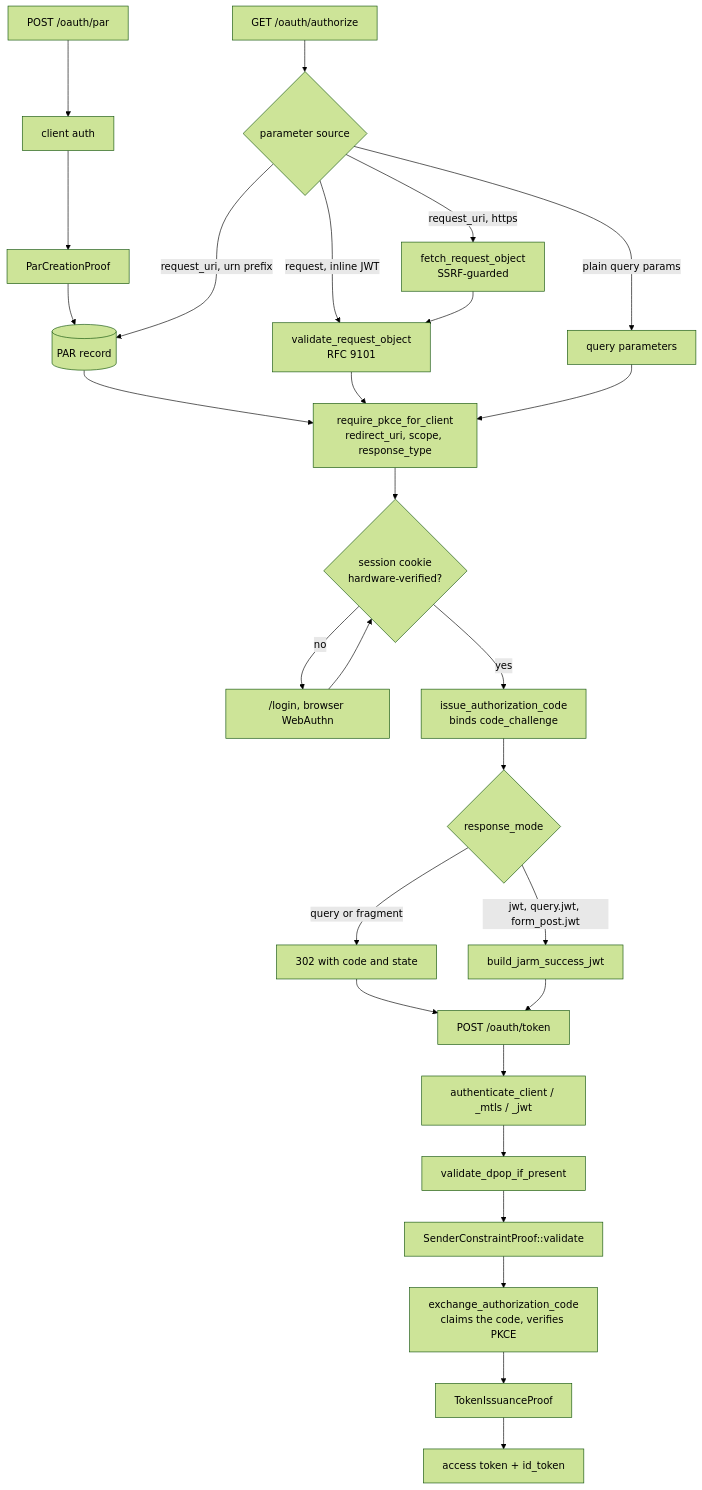
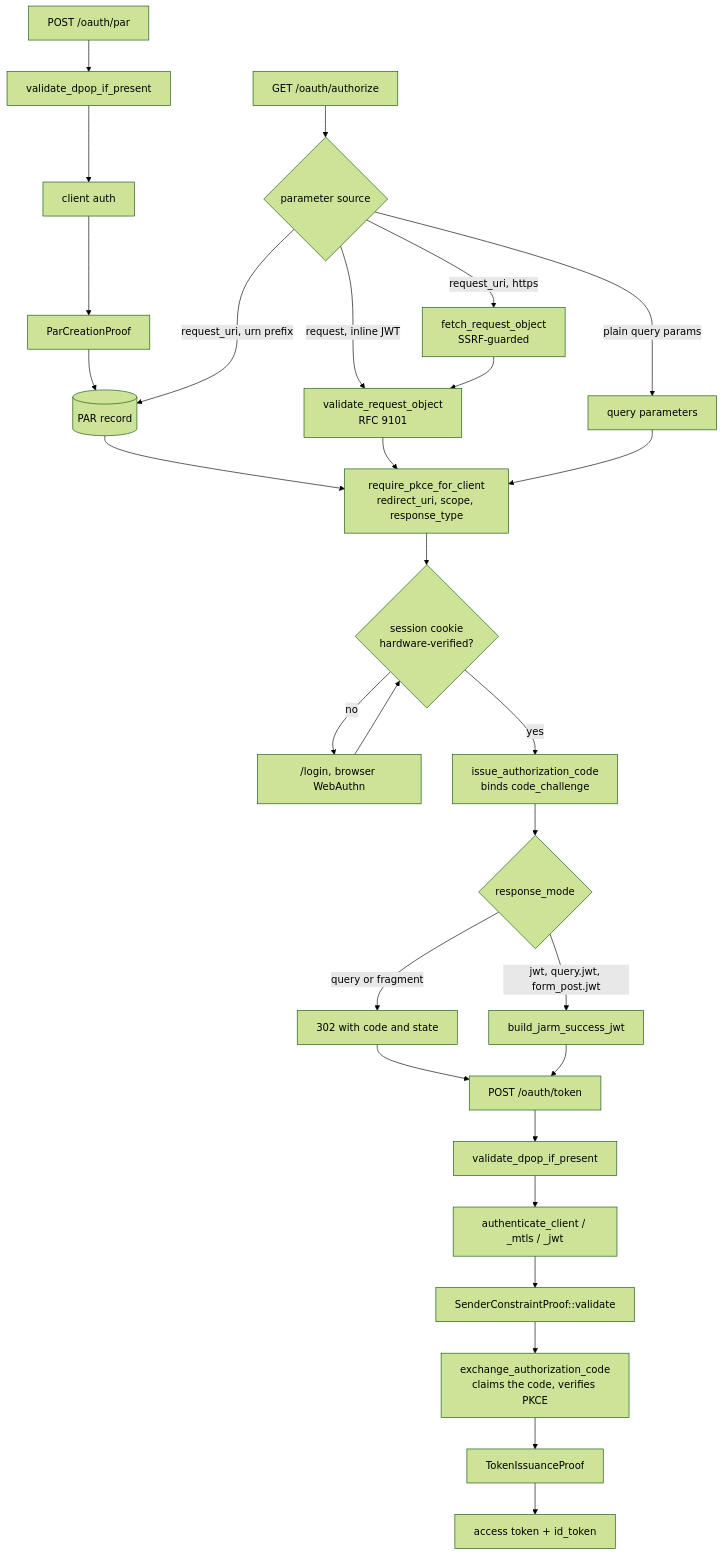
One commit to vouch-sh/vouch changed the fifth of 7 diagrams in crates/vouch-server/ARCHITECTURE.md. Above: the diagram before and after it, drawn with Mermaid (forest theme).

Commit message:
docs(server): show DPoP before client auth in the token and PAR flow

````diff
--- a/crates/vouch-server/ARCHITECTURE.md
+++ b/crates/vouch-server/ARCHITECTURE.md
@@ -287,25 +287,25 @@
 ```mermaid
 flowchart TB
-  par0["POST /oauth/par"] --> pauth["client auth"] --> pproof["ParCreationProof"] --> pstore[("PAR record")]
+  par0["POST /oauth/par"] --> pdpop["validate_dpop_if_present"] --> pauth["client auth"] --> pproof["ParCreationProof"] --> pstore[("PAR record")]
   authz["GET /oauth/authorize"] --> resolve{"parameter source"}
   resolve -- "request_uri, urn prefix" --> pstore
   resolve -- "request, inline JWT" --> jar["validate_request_object<br/>RFC 9101"]
   resolve -- "request_uri, https" --> fetch["fetch_request_object<br/>SSRF-guarded"] --> jar
   resolve -- "plain query params" --> plain["query parameters"]
   pstore --> checks
   jar --> checks
   plain --> checks
   checks["require_pkce_for_client<br/>redirect_uri, scope, response_type"] --> sess{"session cookie<br/>hardware-verified?"}
   sess -- "no" --> login["/login, browser WebAuthn"] --> sess
   sess -- "yes" --> code["issue_authorization_code<br/>binds code_challenge"]
   code --> mode{"response_mode"}
   mode -- "query or fragment" --> plainredir["302 with code and state"]
   mode -- "jwt, query.jwt, form_post.jwt" --> jarm["build_jarm_success_jwt"]
   plainredir --> tok["POST /oauth/token"]
   jarm --> tok
-  tok --> tauth["authenticate_client / _mtls / _jwt"]
-  tauth --> tdpop["validate_dpop_if_present"]
-  tdpop --> tsc["SenderConstraintProof::validate"]
+  tok --> tdpop["validate_dpop_if_present"]
+  tdpop --> tauth["authenticate_client / _mtls / _jwt"]
+  tauth --> tsc["SenderConstraintProof::validate"]
   tsc --> tex["exchange_authorization_code<br/>claims the code, verifies PKCE"]
   tex --> tproof["TokenIssuanceProof"] --> out["access token + id_token"]
 ```
````
